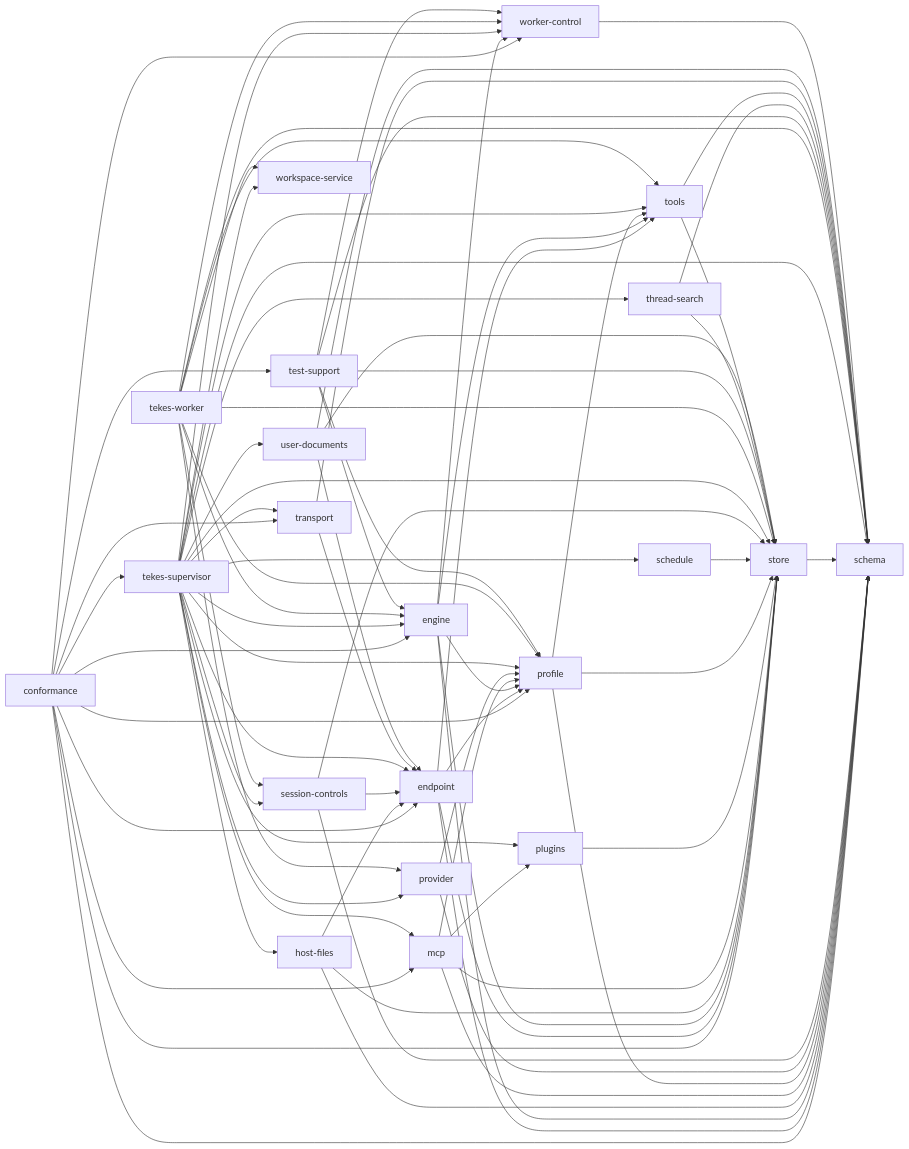
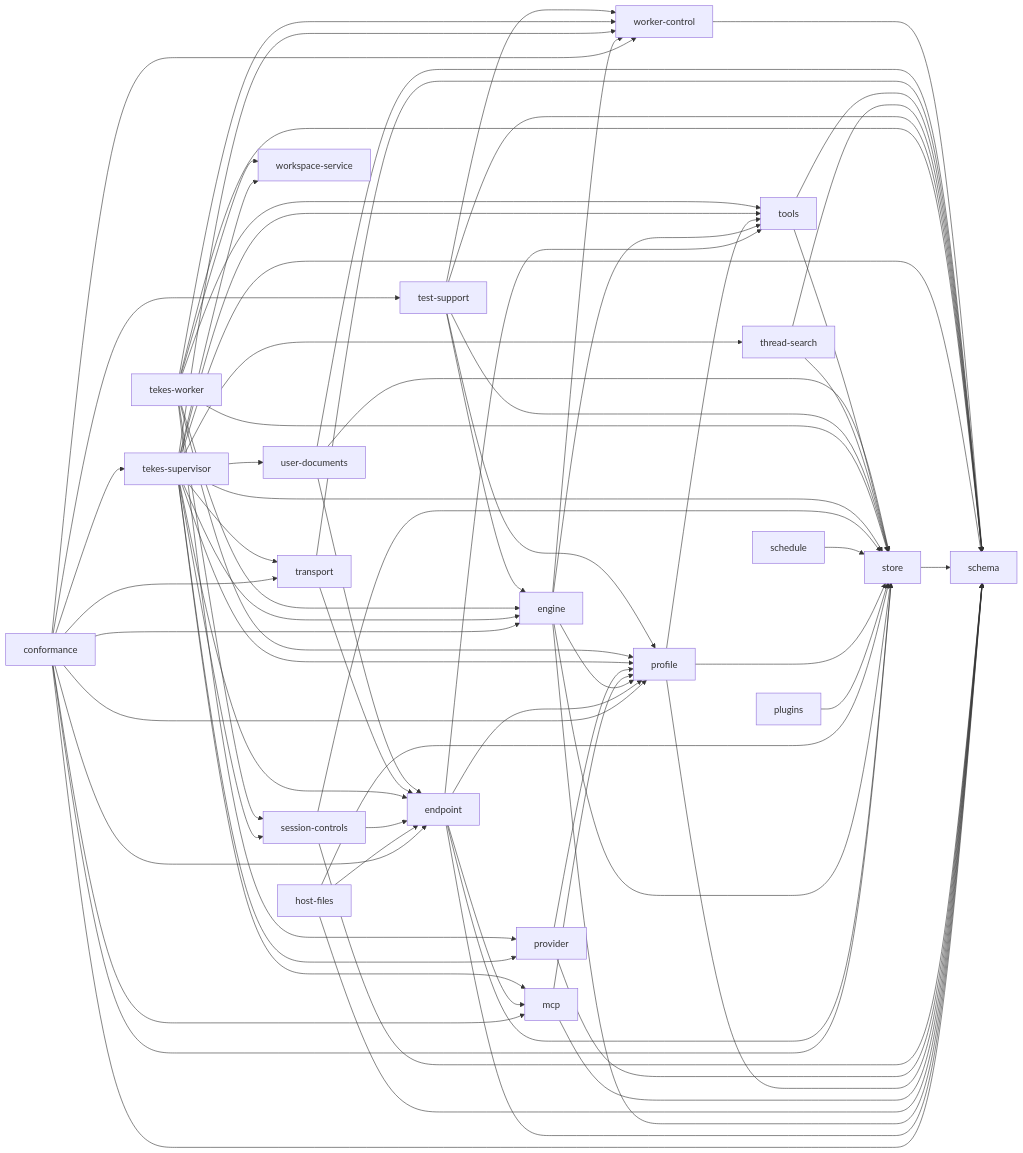
One commit to TekesApps/TekesKernel changed the diagram in docs/architecture/generated/dependencies.mmd. Above: the diagram before and after it, drawn with Mermaid. The commit also changed 278 other files, not shown here.

```diff
--- a/docs/architecture/generated/dependencies.mmd
+++ b/docs/architecture/generated/dependencies.mmd
@@ -1,100 +1,96 @@
 flowchart LR
   p0["conformance"]
   p1["endpoint"]
   p2["engine"]
   p3["host-files"]
   p4["mcp"]
   p5["plugins"]
   p6["profile"]
   p7["provider"]
   p8["schedule"]
   p9["schema"]
   p10["session-controls"]
   p11["store"]
   p12["tekes-supervisor"]
   p13["tekes-worker"]
   p14["test-support"]
   p15["thread-search"]
   p16["tools"]
   p17["transport"]
   p18["user-documents"]
   p19["worker-control"]
   p20["workspace-service"]
   p0 --> p1
   p0 --> p2
   p0 --> p4
   p0 --> p6
   p0 --> p9
   p0 --> p11
   p0 --> p12
   p0 --> p14
   p0 --> p17
   p0 --> p19
+  p1 --> p4
   p1 --> p6
   p1 --> p9
   p1 --> p11
   p1 --> p16
   p2 --> p6
   p2 --> p9
   p2 --> p11
   p2 --> p16
   p2 --> p19
   p3 --> p1
   p3 --> p9
   p3 --> p11
-  p4 --> p5
   p4 --> p6
   p4 --> p9
-  p4 --> p11
   p5 --> p11
   p6 --> p9
   p6 --> p11
   p6 --> p16
   p7 --> p6
   p7 --> p9
   p8 --> p11
   p10 --> p1
   p10 --> p9
   p10 --> p11
   p11 --> p9
   p12 --> p1
   p12 --> p2
-  p12 --> p3
   p12 --> p4
-  p12 --> p5
   p12 --> p6
   p12 --> p7
-  p12 --> p8
   p12 --> p9
   p12 --> p10
   p12 --> p11
   p12 --> p15
   p12 --> p16
   p12 --> p17
   p12 --> p18
   p12 --> p19
   p12 --> p20
   p13 --> p2
   p13 --> p6
   p13 --> p7
   p13 --> p9
   p13 --> p10
   p13 --> p11
   p13 --> p16
   p13 --> p19
   p13 --> p20
   p14 --> p2
   p14 --> p6
   p14 --> p9
   p14 --> p11
   p14 --> p19
   p15 --> p9
   p15 --> p11
   p16 --> p9
   p16 --> p11
   p17 --> p1
   p17 --> p9
   p18 --> p1
   p18 --> p9
   p18 --> p11
   p19 --> p9
```
